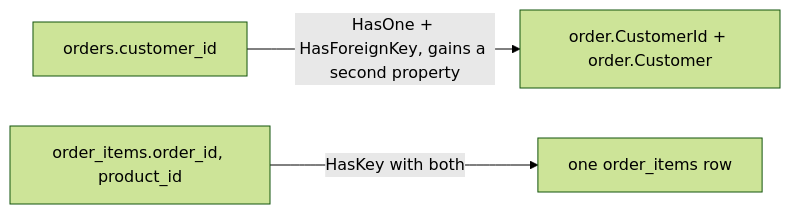
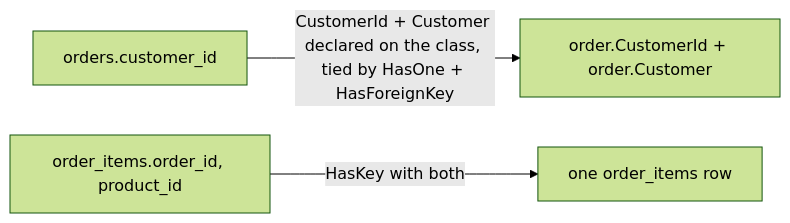
The diagram in content/tracks/backend/orm-efcore/backend.l1.efcore-relationships-and-keys.en.md (duyan11110/lo-trinh-architect), drawn with Mermaid (forest theme) before and after one commit. The commit also changed 2 other files, not shown here.

Commit message:
lesson: apply-review round 3 (technical) for backend.l1.efcore-relationships-and-keys
Technical round 3 verdict: pass, 2 minors. Added the missing db/schema.sql
claim backing the composite-key and non-nullable-FK statements in
sections 4-5, and relabeled the diagram's first edge so it reads as
tying an existing class property to the relationship rather than
creating it — the exact misconception section 6 corrects.

````diff
--- a/content/tracks/backend/orm-efcore/backend.l1.efcore-relationships-and-keys.en.md
+++ b/content/tracks/backend/orm-efcore/backend.l1.efcore-relationships-and-keys.en.md
@@ -39,5 +39,5 @@
 ```mermaid
 flowchart LR
-  A[orders.customer_id] -->|HasOne + HasForeignKey, gains a second property| B[order.CustomerId + order.Customer]
+  A[orders.customer_id] -->|CustomerId + Customer declared on the class, tied by HasOne + HasForeignKey| B[order.CustomerId + order.Customer]
   C[order_items.order_id, product_id] -->|HasKey with both| D[one order_items row]
 ```
````
